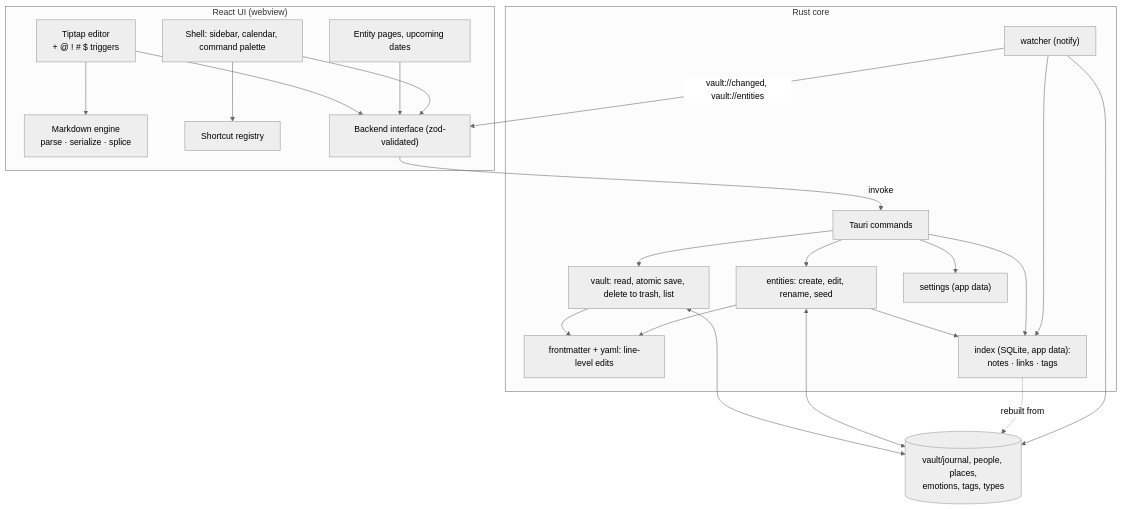
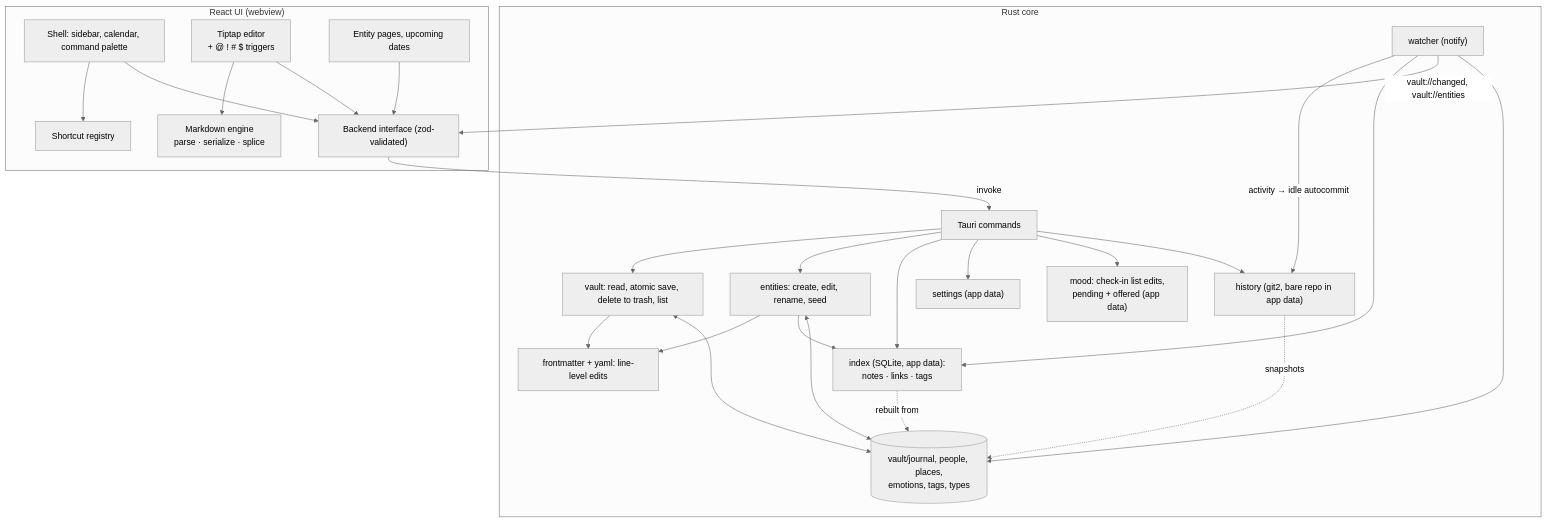
One commit to shouryan01/dhyana changed the diagram in docs/architecture.md. Above: the diagram before and after it, drawn with Mermaid (neutral theme). The commit also changed other lines of this file and 31 other files, not shown here.

First line of the commit message:
UI and docs for 0.3: mood check-in, year heatmap, version history

````diff
--- a/docs/architecture.md
+++ b/docs/architecture.md
@@ -3,37 +3,43 @@
 ```mermaid
 flowchart TB
   subgraph UI["React UI (webview)"]
     Shell["Shell: sidebar, calendar, command palette"]
     Editor["Tiptap editor<br/>+ @ ! # $ triggers"]
     Pages["Entity pages, upcoming dates"]
     MD["Markdown engine<br/>parse · serialize · splice"]
     Reg["Shortcut registry"]
     Backend["Backend interface (zod-validated)"]
     Shell --> Reg
     Editor --> MD
     Editor --> Backend
     Pages --> Backend
     Shell --> Backend
   end
   subgraph Core["Rust core"]
     Cmd["Tauri commands"]
     Vault["vault: read, atomic save, delete to trash, list"]
     Ent["entities: create, edit, rename, seed"]
     FM["frontmatter + yaml: line-level edits"]
     Idx["index (SQLite, app data):<br/>notes · links · tags"]
     Set["settings (app data)"]
+    Mood["mood: check-in list edits,<br/>pending + offered (app data)"]
+    Hist["history (git2, bare repo in app data)"]
     Watch["watcher (notify)"]
     Cmd --> Vault --> FM
     Cmd --> Ent --> FM
     Ent --> Idx
     Cmd --> Idx
     Cmd --> Set
+    Cmd --> Mood
+    Cmd --> Hist
+    Watch -->|"activity → idle autocommit"| Hist
+    Hist -. "snapshots" .-> Files
     Watch --> Idx
     Watch -->|"vault://changed, vault://entities"| Backend
   end
   Backend -->|"invoke"| Cmd
   Vault <--> Files[("vault/journal, people, places,<br/>emotions, tags, types")]
   Ent <--> Files
   Idx -. "rebuilt from" .-> Files
   Watch --> Files
 ```
````
